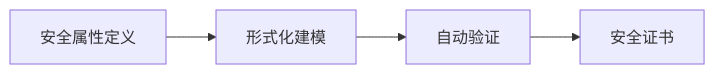
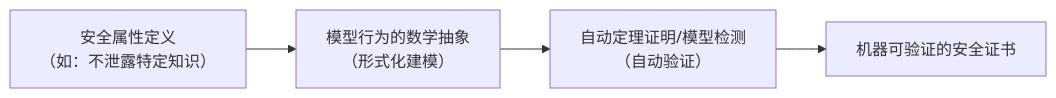
One commit to yeasy/ai_security_guide changed the first of 2 diagrams in 11_governance/11.5_future.md. Above: the diagram before and after it, drawn with Mermaid. The commit also changed other lines of this file and 74 other files, not shown here.

````diff
--- a/11_governance/11.5_future.md
+++ b/11_governance/11.5_future.md
@@ -20,6 +18,6 @@
 ```mermaid
 flowchart LR
-    A["安全属性定义"] --> B["形式化建模"]
-    B --> C["自动验证"]
-    C --> D["安全证书"]
+    A["安全属性定义<br/>（如：不泄露特定知识）"] --> B["模型行为的数学抽象<br/>（形式化建模）"]
+    B --> C["自动定理证明/模型检测<br/>（自动验证）"]
+    C --> D["机器可验证的安全证书"]
 ```
````
